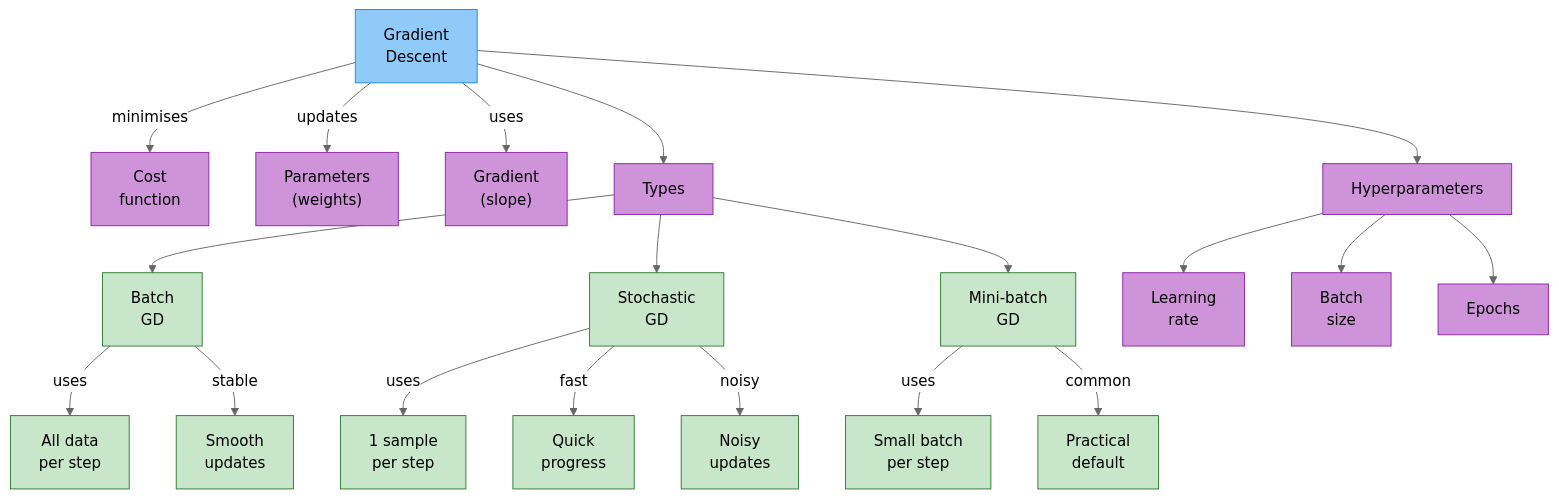
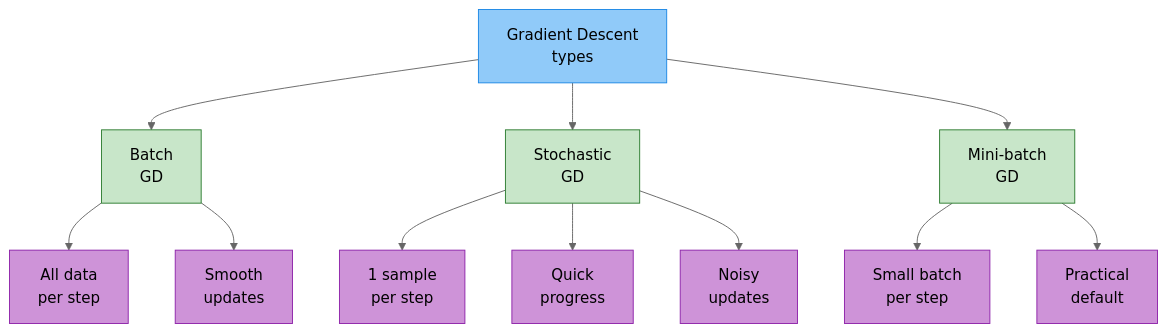
The second of 2 diagrams in content/docs/ai/machine-learning/03-gradient-descent-linear-regression.md (arshadhs/arshadhs.github.io), drawn with Mermaid (neutral theme) before and after one commit. The commit also changed 1 other file, not shown here.

```diff
--- a/content/docs/ai/machine-learning/03-gradient-descent-linear-regression.md
+++ b/content/docs/ai/machine-learning/03-gradient-descent-linear-regression.md
@@ -21,47 +47,30 @@
 {{< mermaid >}}
 flowchart TD
-GD["Gradient<br/>Descent"] -->|minimises| CF["Cost<br/>function"]
-GD -->|updates| W["Parameters<br/>(weights)"]
-GD -->|uses| GR["Gradient<br/>(slope)"]
+T["Gradient Descent<br/>types"] --> BGD["Batch<br/>GD"]
+T --> SGD["Stochastic<br/>GD"]
+T --> MGD["Mini-batch<br/>GD"]
 
-GD --> T["Types"]
+BGD --> ALL["All data<br/>per step"]
+BGD --> STB["Smooth<br/>updates"]
 
-T --> BGD["Batch<br/>GD"]
-BGD -->|uses| ALL["All data<br/>per step"]
-BGD -->|stable| STB["Smooth<br/>updates"]
+SGD --> ONE["1 sample<br/>per step"]
+SGD --> FAST["Quick<br/>progress"]
+SGD --> NOISE["Noisy<br/>updates"]
 
-T --> SGD["Stochastic<br/>GD"]
-SGD -->|uses| ONE["1 sample<br/>per step"]
-SGD -->|fast| FAST["Quick<br/>progress"]
-SGD -->|noisy| NOISE["Noisy<br/>updates"]
+MGD --> MB["Small batch<br/>per step"]
+MGD --> PRACT["Practical<br/>default"]
 
-T --> MGD["Mini-batch<br/>GD"]
-MGD -->|uses| MB["Small batch<br/>per step"]
-MGD -->|common| PRACT["Practical<br/>default"]
-
-GD --> H["Hyperparameters"]
-H --> LR["Learning<br/>rate"]
-H --> BS["Batch<br/>size"]
-H --> EP["Epochs"]
-
-style GD fill:#90CAF9,stroke:#1E88E5,color:#000
-style CF fill:#CE93D8,stroke:#8E24AA,color:#000
-style W fill:#CE93D8,stroke:#8E24AA,color:#000
-style GR fill:#CE93D8,stroke:#8E24AA,color:#000
-style T fill:#CE93D8,stroke:#8E24AA,color:#000
-style H fill:#CE93D8,stroke:#8E24AA,color:#000
-style LR fill:#CE93D8,stroke:#8E24AA,color:#000
-style BS fill:#CE93D8,stroke:#8E24AA,color:#000
-style EP fill:#CE93D8,stroke:#8E24AA,color:#000
+style T fill:#90CAF9,stroke:#1E88E5,color:#000
 
 style BGD fill:#C8E6C9,stroke:#2E7D32,color:#000
 style SGD fill:#C8E6C9,stroke:#2E7D32,color:#000
 style MGD fill:#C8E6C9,stroke:#2E7D32,color:#000
-style ALL fill:#C8E6C9,stroke:#2E7D32,color:#000
-style STB fill:#C8E6C9,stroke:#2E7D32,color:#000
-style ONE fill:#C8E6C9,stroke:#2E7D32,color:#000
-style FAST fill:#C8E6C9,stroke:#2E7D32,color:#000
-style NOISE fill:#C8E6C9,stroke:#2E7D32,color:#000
-style MB fill:#C8E6C9,stroke:#2E7D32,color:#000
-style PRACT fill:#C8E6C9,stroke:#2E7D32,color:#000
+
+style ALL fill:#CE93D8,stroke:#8E24AA,color:#000
+style STB fill:#CE93D8,stroke:#8E24AA,color:#000
+style ONE fill:#CE93D8,stroke:#8E24AA,color:#000
+style FAST fill:#CE93D8,stroke:#8E24AA,color:#000
+style NOISE fill:#CE93D8,stroke:#8E24AA,color:#000
+style MB fill:#CE93D8,stroke:#8E24AA,color:#000
+style PRACT fill:#CE93D8,stroke:#8E24AA,color:#000
 {{< /mermaid >}}
```
